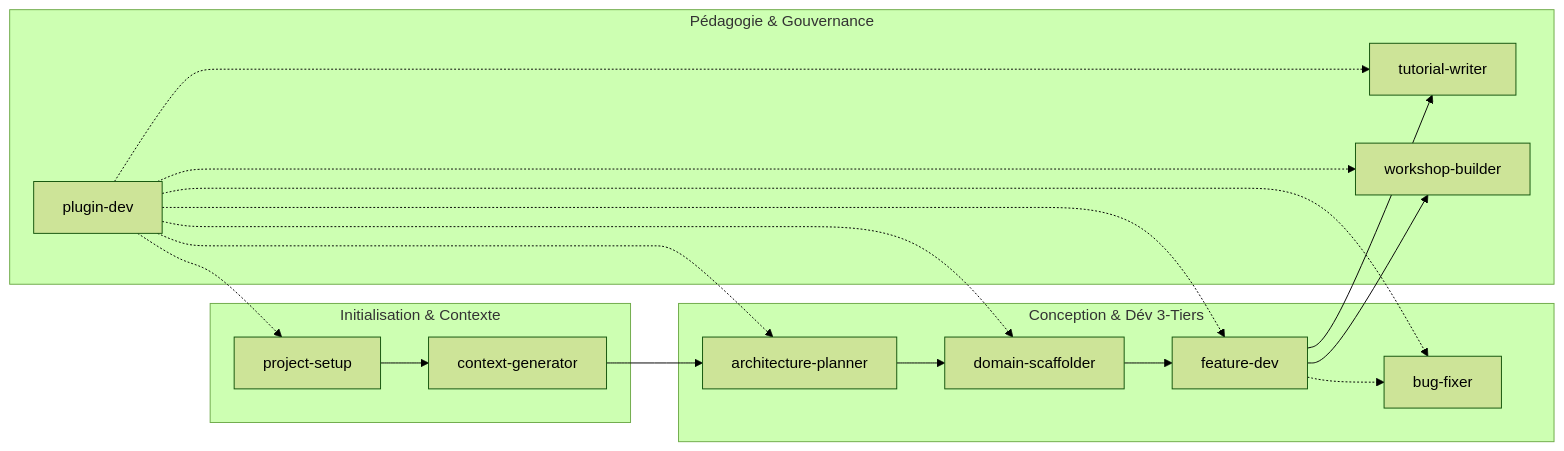
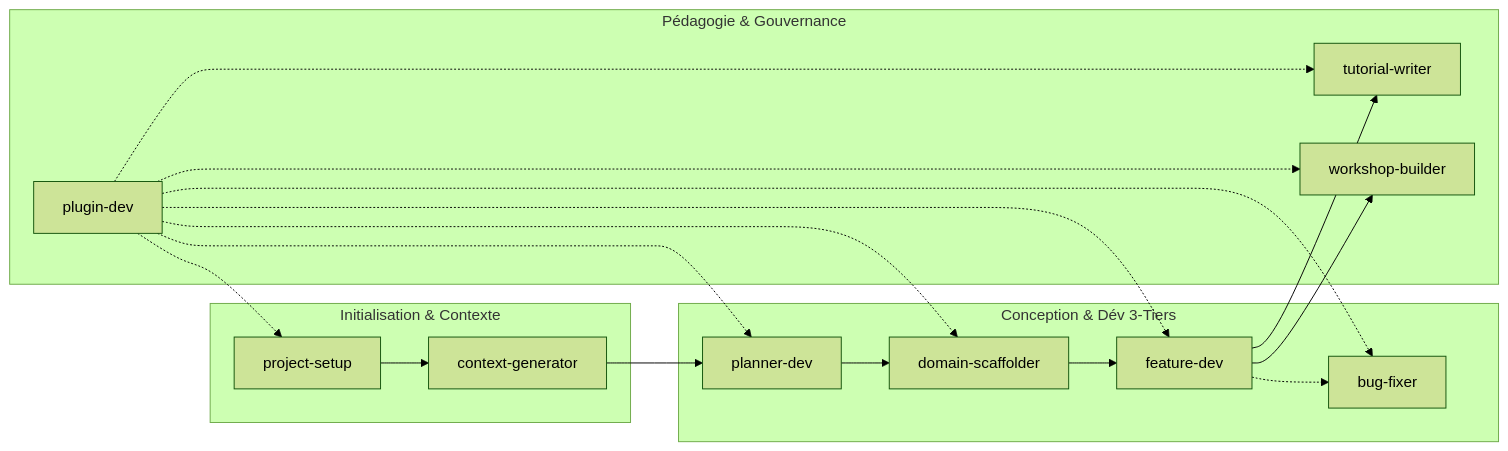
The diagram in .agents/references/usage/guide-utilisation-skills.md (solicode-lms/app), drawn with Mermaid (forest theme) before and after one commit. The commit also changed other lines of this file and 5 other files, not shown here.

````diff
--- a/.agents/references/usage/guide-utilisation-skills.md
+++ b/.agents/references/usage/guide-utilisation-skills.md
@@ -44,25 +84,25 @@
 ```mermaid
 graph LR
     subgraph C1["Initialisation & Contexte"]
         PS["project-setup"]
         CG["context-generator"]
     end
     subgraph C2["Conception & Dév 3-Tiers"]
-        AP["architecture-planner"]
+        AP["planner-dev"]
         DS["domain-scaffolder"]
         FD["feature-dev"]
         BF["bug-fixer"]
     end
     subgraph C3["Pédagogie & Gouvernance"]
         TW["tutorial-writer"]
         WB["workshop-builder"]
         PD["plugin-dev"]
     end
 
     PS --> CG
     CG --> AP
     AP --> DS --> FD
     FD -.-> BF
     FD --> TW & WB
     PD -.-> PS & AP & DS & FD & BF & TW & WB
 ```
````
